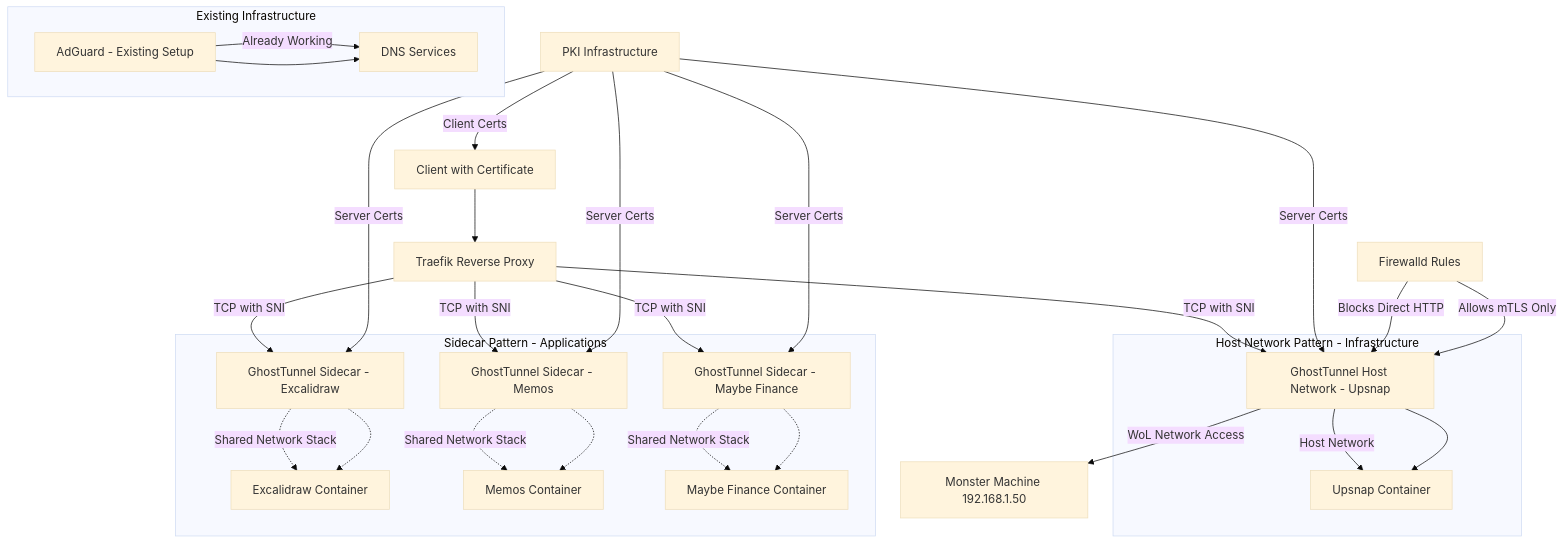
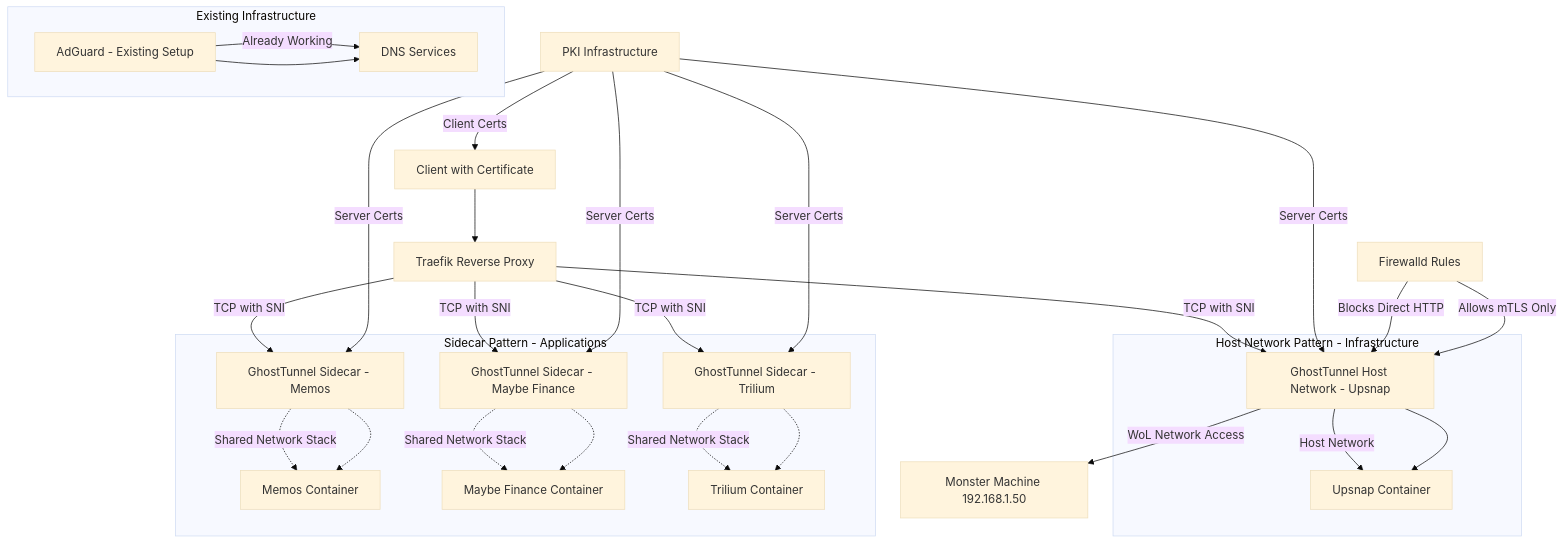
Before and after one commit to GDavij/homelab-ansible-automation: the diagram in .kiro/specs/homelab-mtls-ghosttunnel/design.md, drawn with Mermaid (base theme). The commit also changed other lines of this file and 2 other files, not shown here.

Commit message:
chore(#kiro-plan): remove excalidraw and setup trilium notes for plan

````diff
--- a/.kiro/specs/homelab-mtls-ghosttunnel/design.md
+++ b/.kiro/specs/homelab-mtls-ghosttunnel/design.md
@@ -13,39 +13,39 @@
 ```mermaid
 graph TB
     Client[Client with Certificate] --> Traefik[Traefik Reverse Proxy]
     Traefik --> |TCP with SNI| GT1[GhostTunnel Host Network - Upsnap]
-    Traefik --> |TCP with SNI| GT2[GhostTunnel Sidecar - Excalidraw]
     Traefik --> |TCP with SNI| GT3[GhostTunnel Sidecar - Memos]
     Traefik --> |TCP with SNI| GT4[GhostTunnel Sidecar - Maybe Finance]
+    Traefik --> |TCP with SNI| GT5[GhostTunnel Sidecar - Trilium]
     
     GT1 --> |Host Network| App1[Upsnap Container]
     GT1 --> |WoL Network Access| Monster[Monster Machine 192.168.1.50]
-    GT2 -.-> |Shared Network Stack| App2[Excalidraw Container]
     GT3 -.-> |Shared Network Stack| App3[Memos Container]
     GT4 -.-> |Shared Network Stack| App4[Maybe Finance Container]
+    GT5 -.-> |Shared Network Stack| App5[Trilium Container]
     
     PKI[PKI Infrastructure] --> |Server Certs| GT1
-    PKI --> |Server Certs| GT2
     PKI --> |Server Certs| GT3
     PKI --> |Server Certs| GT4
+    PKI --> |Server Certs| GT5
     PKI --> |Client Certs| Client
     
     Firewall[Firewalld Rules] --> |Blocks Direct HTTP| GT1
     Firewall --> |Allows mTLS Only| GT1
     
     AdGuard[AdGuard - Existing Setup] --> |Already Working| DNS[DNS Services]
     
     subgraph "Host Network Pattern - Infrastructure"
         GT1 --> App1
     end
     
     subgraph "Sidecar Pattern - Applications"
-        GT2 -.-> App2
         GT3 -.-> App3
         GT4 -.-> App4
+        GT5 -.-> App5
     end
     
     subgraph "Existing Infrastructure"
         AdGuard --> DNS
     end
 ```
````
